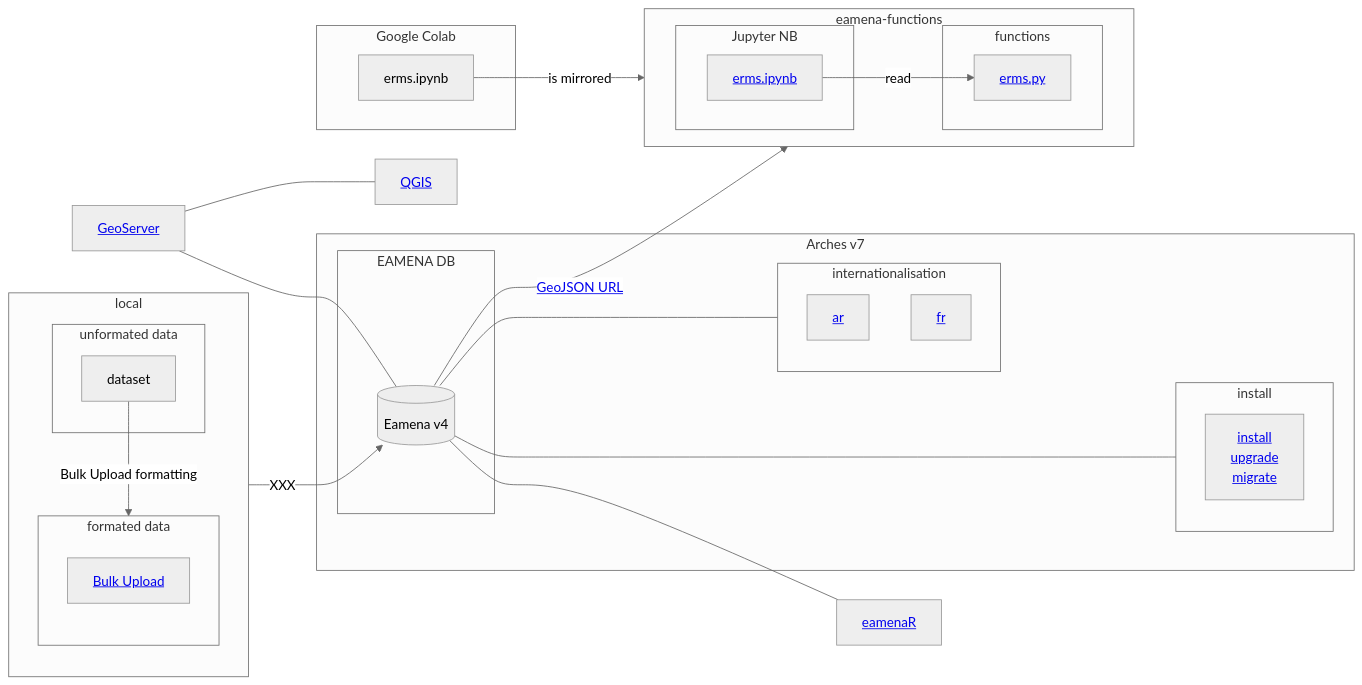
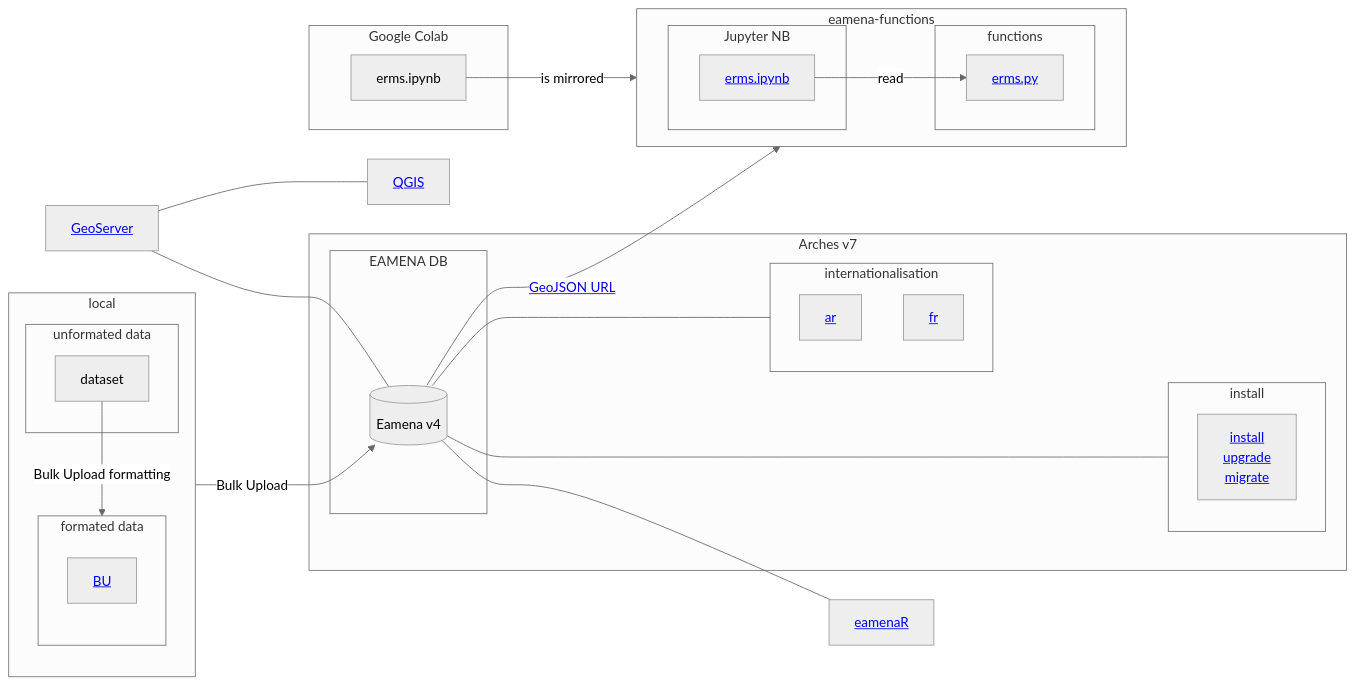
One commit to eamena-project/eamena-arches-dev changed the diagram in dbs/database.eamena/README.md. Above: the diagram before and after it, drawn with Mermaid (neutral theme).

````diff
--- a/dbs/database.eamena/README.md
+++ b/dbs/database.eamena/README.md
@@ -5,44 +5,44 @@
 ```mermaid
 flowchart LR
   subgraph Arches v7
     subgraph EAMENA DB
     ea[(Eamena v4)]
     end
     subgraph internationalisation
       id6[<a href='https://github.com/eamena-project/eamena-arches-dev/tree/main/dbs/database.eamena/internationalisation'>ar</a>];
       id7[<a href='https://github.com/eamena-project/eamena-arches-dev/tree/main/dbs/database.eamena/internationalisation'>fr</a>];
     end 
     subgraph install
       id8[<a href='https://github.com/eamena-project/eamena-arches-dev/tree/main/dbs/database.eamena/install'>install<br>upgrade<br>migrate</a>];
     end 
   end
   id3[<a href='https://github.com/eamena-project/eamena-arches-dev/tree/main/geoserver'>GeoServer</a>] --- ea;
   id3 --- id4[<a href='https://github.com/eamena-project/eamena-arches-dev/tree/main/gis/qgis'>QGIS</a>];
   subgraph local
     direction TB
     subgraph unformated data
       id9A[dataset]
     end
     subgraph formated data
       direction TB
-      id9A -- Bulk Upload formatting --> id9B[<a href='https://github.com/eamena-project/eamena-arches-dev/tree/main/data/bulk#readme'>Bulk Upload</a>];
-      id9B -- XXX --> ea;
+      id9A -- Bulk Upload formatting --> id9B[<a href='https://github.com/eamena-project/eamena-arches-dev/tree/main/data/bulk#readme'>BU</a>];
+      id9B -- Bulk Upload --> ea;
     end
   end
   subgraph eamena-functions
     direction LR
     subgraph functions
       idf1[<a href='https://github.com/eamena-project/eamena-functions/tree/main/erms'>erms.py</a>]
     end
     subgraph Jupyter NB
       idf2[<a href='https://github.com/eamena-project/eamena-functions/tree/main/erms'>erms.ipynb</a>] -- read --> idf1
     end
   end
   subgraph Google Colab
     idg1[erms.ipynb] -- is mirrored --> idf2
   end
   ea -- <a href='query#url'>GeoJSON URL</a> --> idf1
   ea --- id5[<a href='https://github.com/eamena-project/eamenaR'>eamenaR</a>];
   ea --- internationalisation
   ea <--- install
 ```
````
